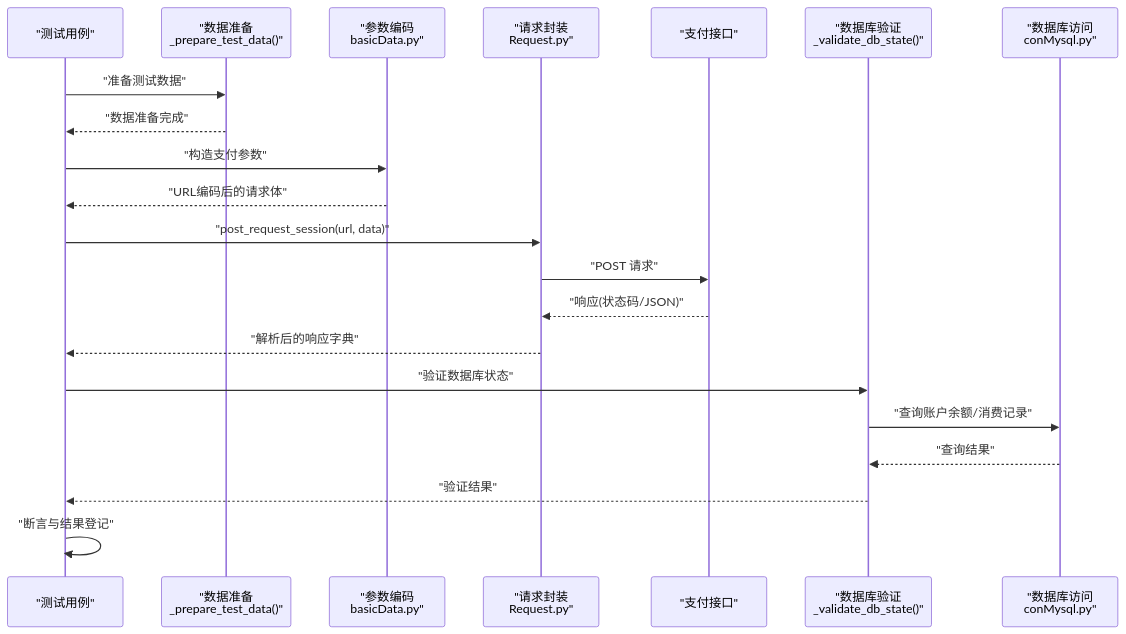
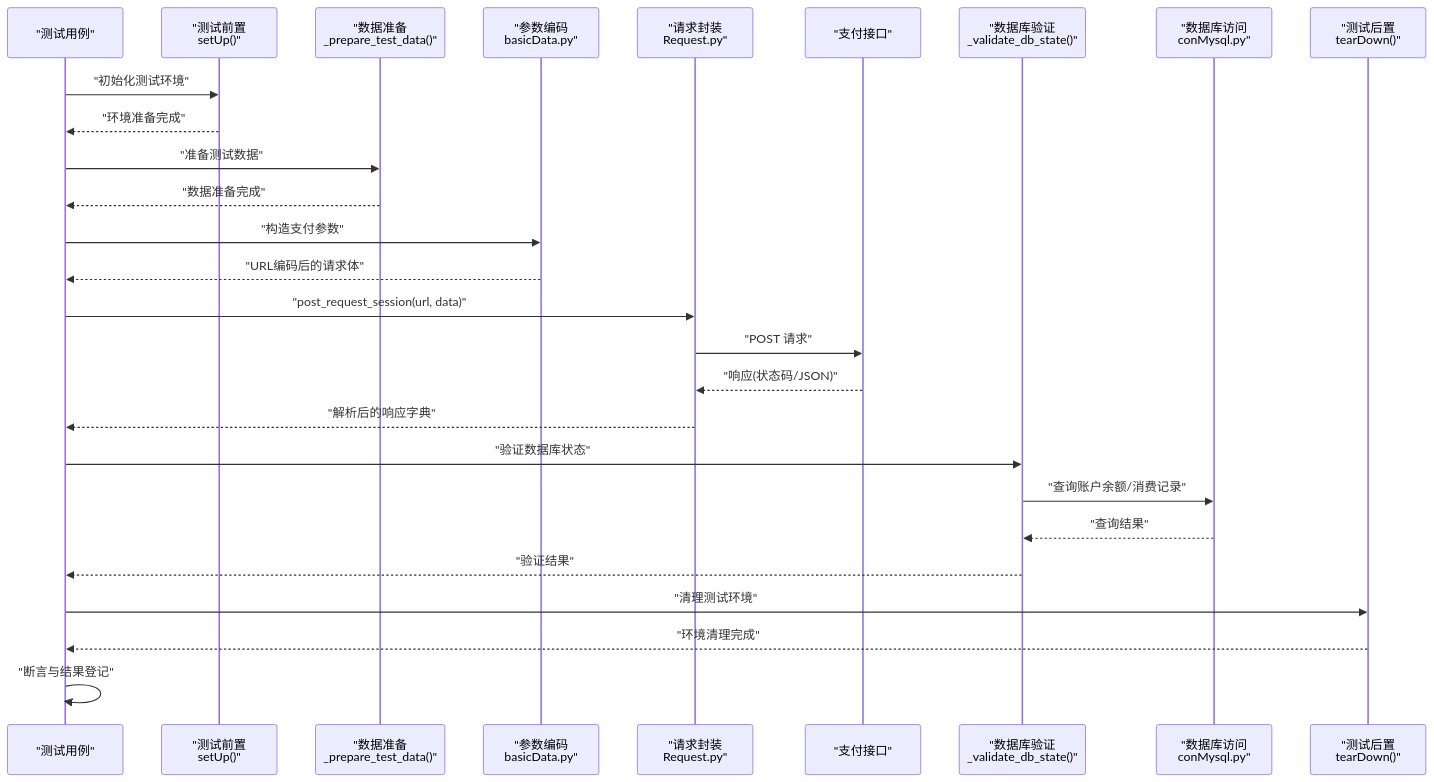
Before and after one commit to liximing1-ola/qa-payTest: the second of 3 diagrams in .qoder/repowiki/zh/content/支付测试用例/金币支付测试.md, drawn with Mermaid. The commit also changed other lines of this file and 103 other files, not shown here.

````diff
--- a/.qoder/repowiki/zh/content/支付测试用例/金币支付测试.md
+++ b/.qoder/repowiki/zh/content/支付测试用例/金币支付测试.md
@@ -133,23 +137,29 @@
 ```mermaid
 sequenceDiagram
 participant TC as "测试用例"
+participant SETUP as "测试前置<br/>setUp()"
 participant PREP as "数据准备<br/>_prepare_test_data()"
 participant ENC as "参数编码<br/>basicData.py"
 participant REQ as "请求封装<br/>Request.py"
 participant API as "支付接口"
 participant VAL as "数据库验证<br/>_validate_db_state()"
 participant DB as "数据库访问<br/>conMysql.py"
+participant TEARDOWN as "测试后置<br/>tearDown()"
+TC->>SETUP : "初始化测试环境"
+SETUP-->>TC : "环境准备完成"
 TC->>PREP : "准备测试数据"
 PREP-->>TC : "数据准备完成"
 TC->>ENC : "构造支付参数"
 ENC-->>TC : "URL编码后的请求体"
 TC->>REQ : "post_request_session(url, data)"
 REQ->>API : "POST 请求"
 API-->>REQ : "响应(状态码/JSON)"
 REQ-->>TC : "解析后的响应字典"
 TC->>VAL : "验证数据库状态"
 VAL->>DB : "查询账户余额/消费记录"
 DB-->>VAL : "查询结果"
 VAL-->>TC : "验证结果"
+TC->>TEARDOWN : "清理测试环境"
+TEARDOWN-->>TC : "环境清理完成"
 TC->>TC : "断言与结果登记"
 ```
````
